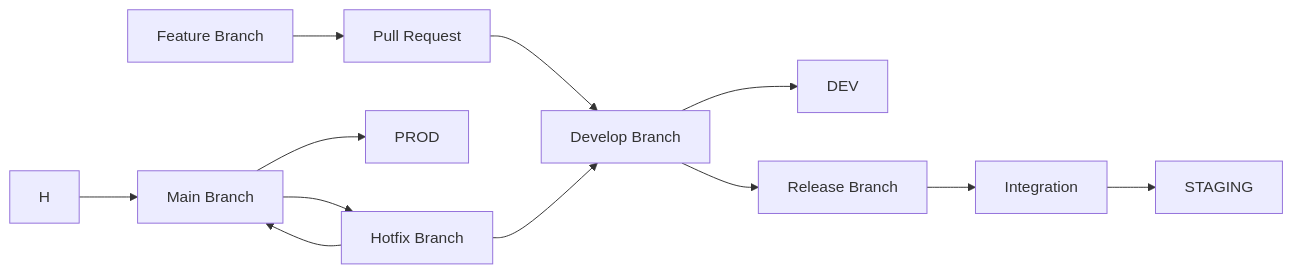
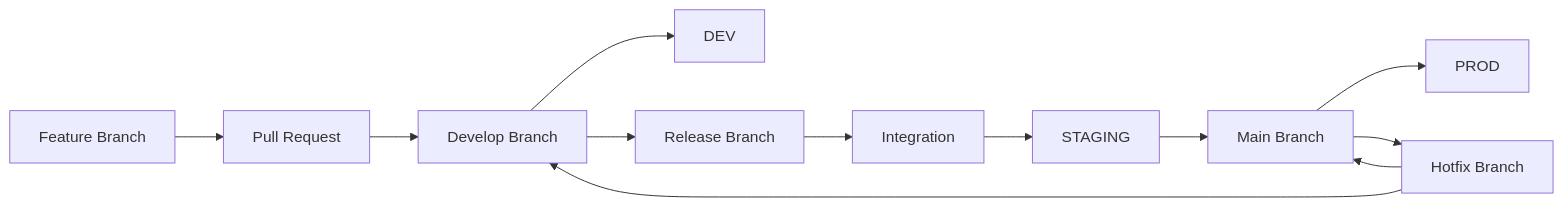
One commit to alphagov/datagovuk-sandbox changed the first of 3 diagrams in docs/devops/data-gov-uk-release-strategy.md. Above: the diagram before and after it, drawn with Mermaid.

Commit message:
feature/FP-331:Added branching and release strategy document

````diff
--- a/docs/devops/data-gov-uk-release-strategy.md
+++ b/docs/devops/data-gov-uk-release-strategy.md
@@ -43,18 +43,16 @@
 ```mermaid
 flowchart LR
     A[Feature Branch] --> B[Pull Request]
     B --> C[Develop Branch]
     C --> D[DEV]
 
     C --> E[Release Branch]
     E --> F[Integration]
     F --> G[STAGING]
+    G --> H[Main Branch]
+    H --> I[PROD]
 
-
-    H --> I[Main Branch]
-    I --> J[PROD]
-
-    I --> K[Hotfix Branch]
-    K --> I
-    K --> C
+    H --> J[Hotfix Branch]
+    J --> H
+    J --> C
 ```
````
